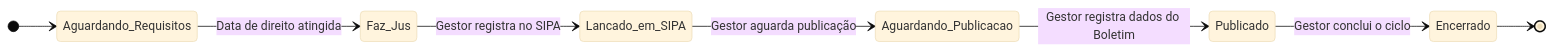
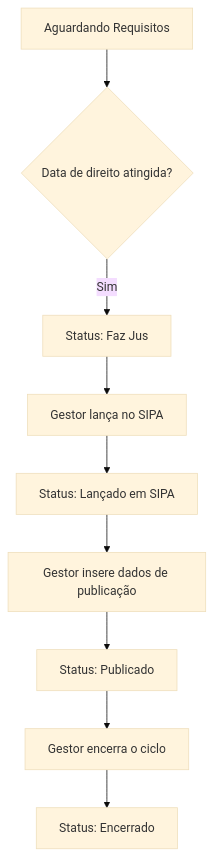
The third of 3 diagrams in docs/apps/adicional.md (Andre-fdias/SisCoE), drawn with Mermaid (base theme) before and after one commit. The commit also changed other lines of this file and 17 other files, not shown here.

````diff
--- a/docs/apps/adicional.md
+++ b/docs/apps/adicional.md
@@ -28,11 +81,11 @@
 ```mermaid
-stateDiagram-v2
-    direction LR
-    [*] --> Aguardando_Requisitos
-    Aguardando_Requisitos --> Faz_Jus: Data de direito atingida
-    Faz_Jus --> Lancado_em_SIPA: Gestor registra no SIPA
-    Lancado_em_SIPA --> Aguardando_Publicacao: Gestor aguarda publicação
-    Aguardando_Publicacao --> Publicado: Gestor registra dados do Boletim
-    Publicado --> Encerrado: Gestor conclui o ciclo
-    Encerrado --> [*]
+flowchart TD
+    A[Aguardando Requisitos] --> B{Data de direito atingida?}
+    B --Sim--> C[Status: Faz Jus]
+    C --> D[Gestor lança no SIPA]
+    D --> E[Status: Lançado em SIPA]
+    E --> F[Gestor insere dados de publicação]
+    F --> G[Status: Publicado]
+    G --> H[Gestor encerra o ciclo]
+    H --> I[Status: Encerrado]
 ```
````
